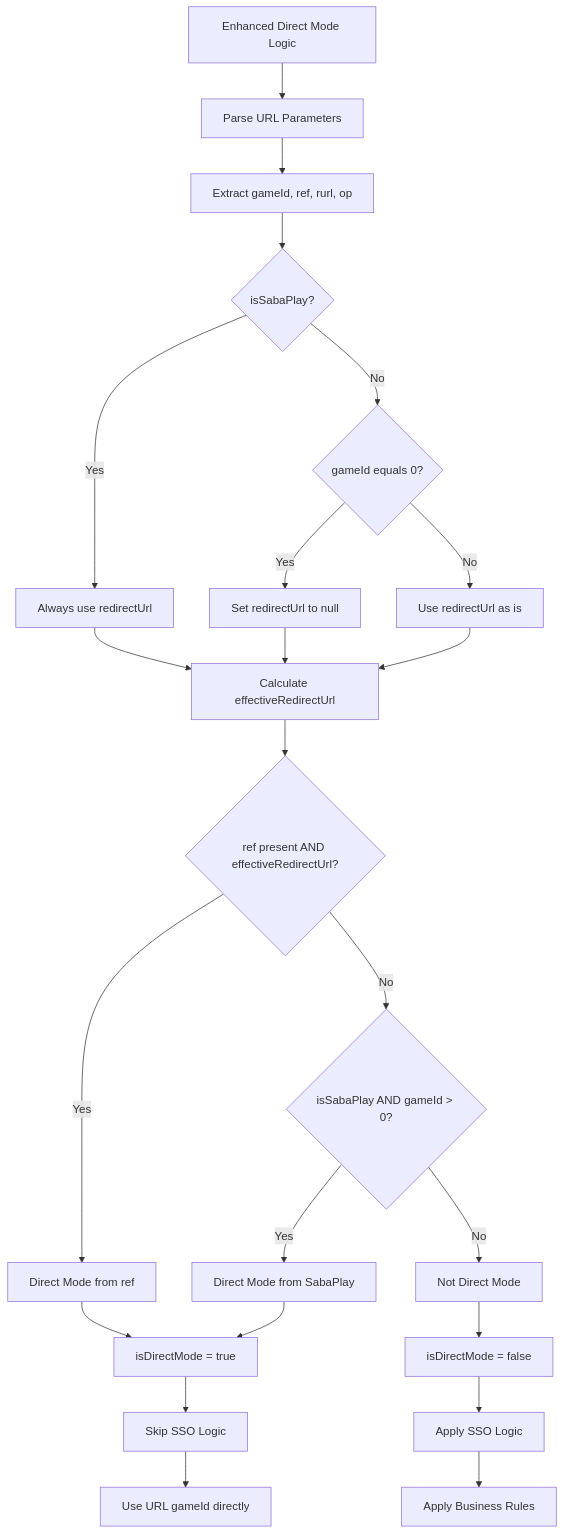
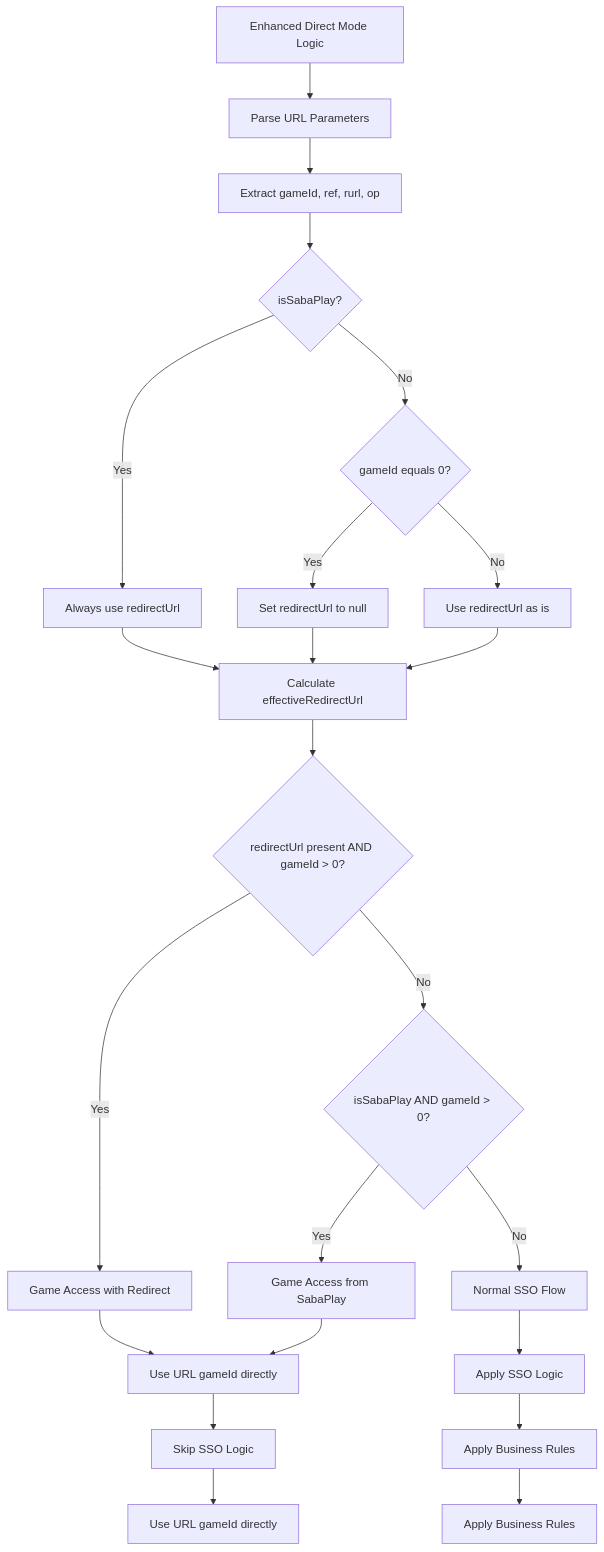
Before and after one commit to starixvn/l1_game-clients_original-games-client_original-games-client-html: the tenth of 13 diagrams in docs/URL_Context_Flow_Diagrams.md, drawn with Mermaid. The commit also changed other lines of this file and 32 other files, not shown here.

Commit message:
feat: now direct mode is the default mode so remove this term

````diff
--- a/docs/URL_Context_Flow_Diagrams.md
+++ b/docs/URL_Context_Flow_Diagrams.md
@@ -343,30 +338,30 @@
 ```mermaid
 flowchart TD
     A10[Enhanced Direct Mode Logic] --> B10[Parse URL Parameters]
     B10 --> C10[Extract gameId, ref, rurl, op]
     C10 --> D10{isSabaPlay?}
     D10 -->|Yes| E10[Always use redirectUrl]
     D10 -->|No| F10{gameId equals 0?}
     F10 -->|Yes| G10[Set redirectUrl to null]
     F10 -->|No| H10[Use redirectUrl as is]
 
     E10 --> I10[Calculate effectiveRedirectUrl]
     G10 --> I10
     H10 --> I10
 
-    I10 --> J10{ref present AND effectiveRedirectUrl?}
-    J10 -->|Yes| K10[Direct Mode from ref]
+    I10 --> J10{redirectUrl present AND gameId > 0?}
+    J10 -->|Yes| K10[Game Access with Redirect]
     J10 -->|No| L10{isSabaPlay AND gameId > 0?}
-    L10 -->|Yes| M10[Direct Mode from SabaPlay]
-    L10 -->|No| N10[Not Direct Mode]
+    L10 -->|Yes| M10[Game Access from SabaPlay]
+    L10 -->|No| N10[Normal SSO Flow]
 
-    K10 --> O10[isDirectMode = true]
+    K10 --> O10[Use URL gameId directly]
     M10 --> O10
-    N10 --> P10[isDirectMode = false]
+    N10 --> P10[Apply SSO Logic]
 
     O10 --> Q10[Skip SSO Logic]
-    P10 --> R10[Apply SSO Logic]
+    P10 --> R10[Apply Business Rules]
 
     Q10 --> S10[Use URL gameId directly]
     R10 --> T10[Apply Business Rules]
 ```
````
